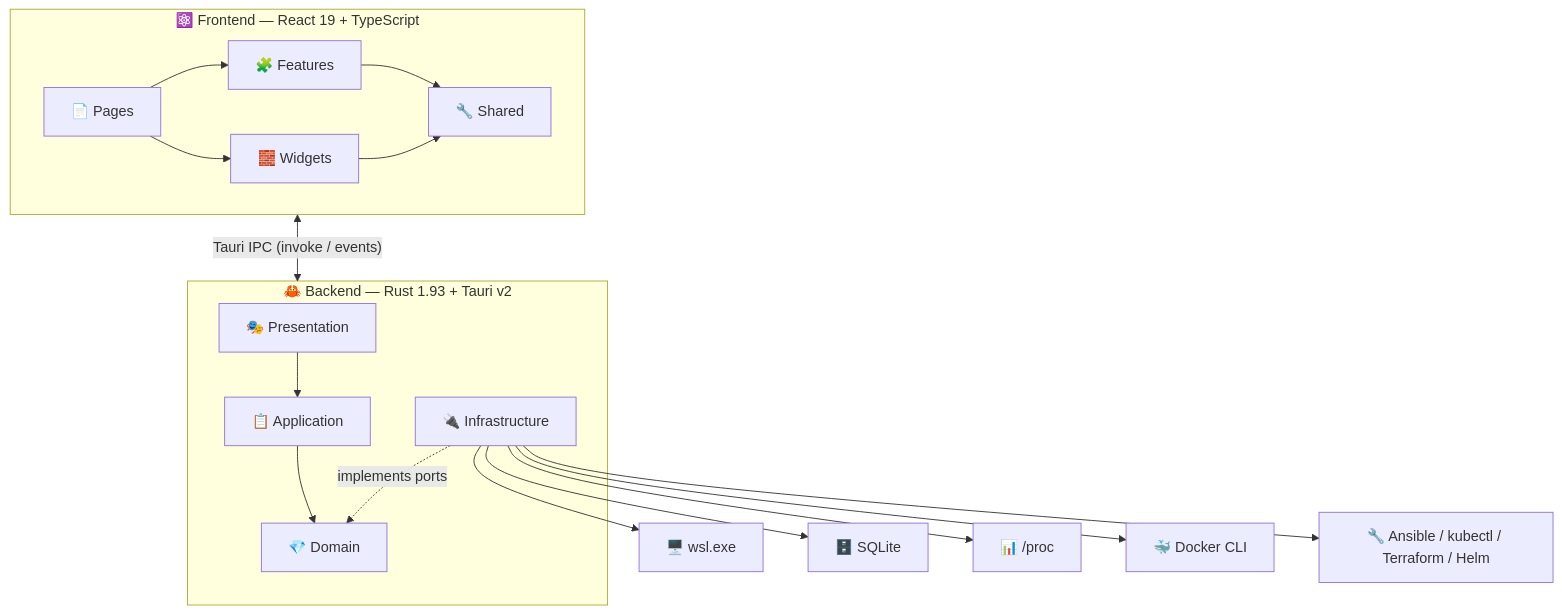
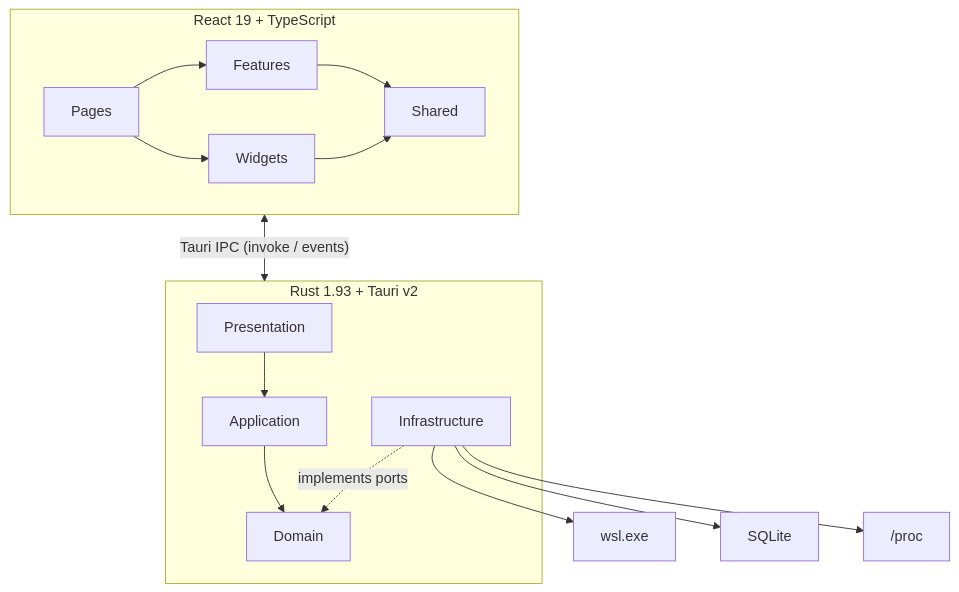
Before and after one commit to muchiny/wsl-dashboard: the first of 4 diagrams in README.md, drawn with Mermaid. The commit also changed other lines of this file and 10 other files, not shown here.

First line of the commit message:
docs: update all 11 READMEs to reflect current architecture

````diff
--- a/README.md
+++ b/README.md
@@ -44,31 +43,29 @@
 ```mermaid
 graph TB
-    subgraph Frontend["⚛️ Frontend — React 19 + TypeScript"]
-        Pages["📄 Pages"]
-        Features["🧩 Features"]
-        Widgets["🧱 Widgets"]
-        Shared["🔧 Shared"]
+    subgraph Frontend["React 19 + TypeScript"]
+        Pages["Pages"]
+        Features["Features"]
+        Widgets["Widgets"]
+        Shared["Shared"]
         Pages --> Features
         Pages --> Widgets
         Features --> Shared
         Widgets --> Shared
     end
 
-    subgraph Backend["🦀 Backend — Rust 1.93 + Tauri v2"]
-        Presentation["🎭 Presentation"]
-        Application["📋 Application"]
-        Domain["💎 Domain"]
-        Infrastructure["🔌 Infrastructure"]
+    subgraph Backend["Rust 1.93 + Tauri v2"]
+        Presentation["Presentation"]
+        Application["Application"]
+        Domain["Domain"]
+        Infrastructure["Infrastructure"]
         Presentation --> Application
         Application --> Domain
         Infrastructure -.->|implements ports| Domain
     end
 
     Frontend <-->|"Tauri IPC (invoke / events)"| Backend
 
-    Infrastructure --> WSL["🖥️ wsl.exe"]
-    Infrastructure --> SQLite["🗄️ SQLite"]
-    Infrastructure --> ProcFS["📊 /proc"]
-    Infrastructure --> Docker["🐳 Docker CLI"]
-    Infrastructure --> IaC["🔧 Ansible / kubectl / Terraform / Helm"]
+    Infrastructure --> WSL["wsl.exe"]
+    Infrastructure --> SQLite["SQLite"]
+    Infrastructure --> ProcFS["/proc"]
 ```
````
